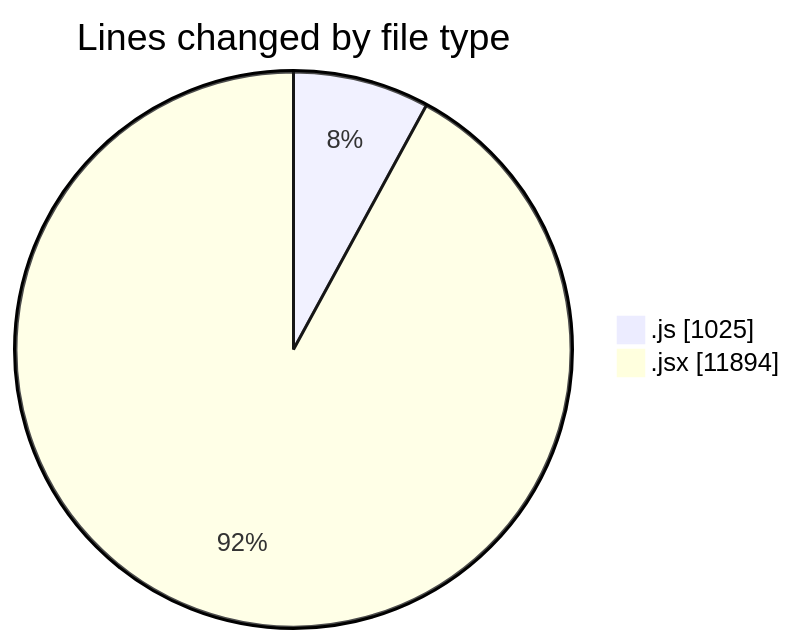
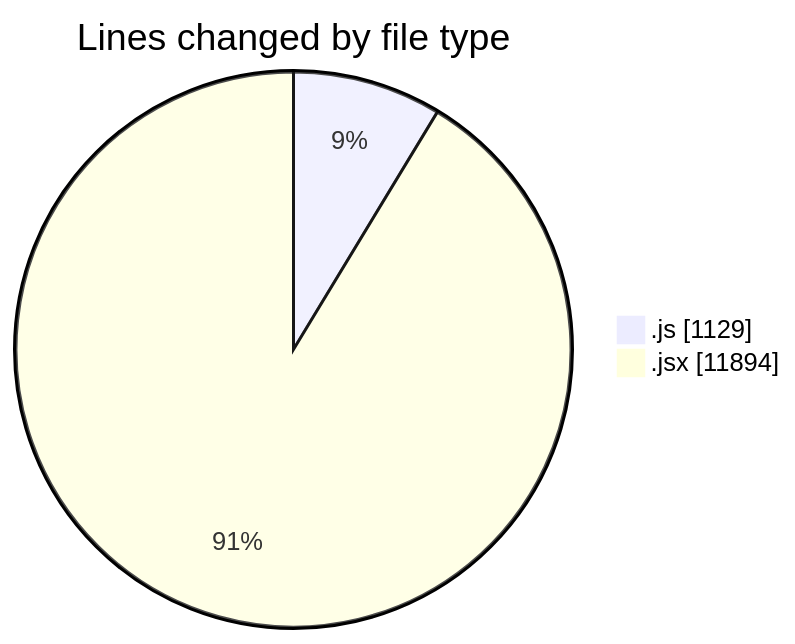
One commit to nxtqubesakshisongat/code-tracking changed the first of 2 diagrams in 2025-07-28/nxtqube_webapp/README.md. Above: the diagram before and after it, drawn with Mermaid. The commit also changed other lines of this file and 1 other file, not shown here.

````diff
--- a/2025-07-28/nxtqube_webapp/README.md
+++ b/2025-07-28/nxtqube_webapp/README.md
@@ -49,6 +50,6 @@
 ```mermaid
 pie showData
 title Lines changed by file type
-".js" : 1025
+".js" : 1129
 ".jsx" : 11894
 ```
````
